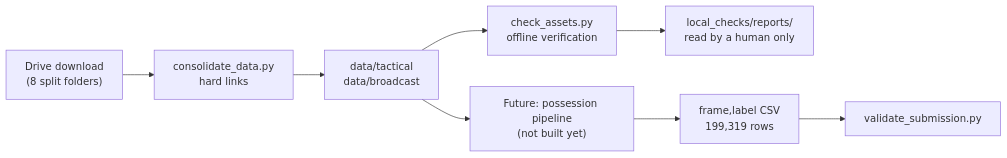
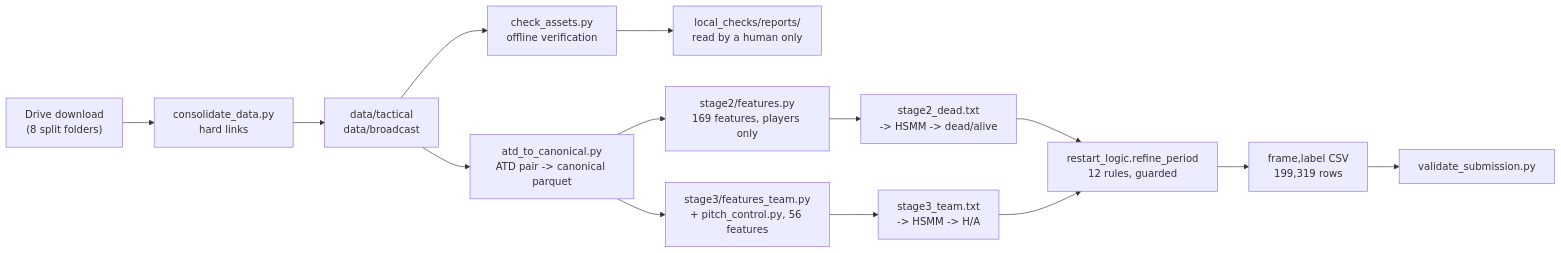
Before and after one commit to ronaksu/Football-Hackathon: the first of 2 diagrams in PROJECT_GUIDE.md, drawn with Mermaid. The commit also changed other lines of this file, not shown here.

First line of the commit message:
Update PROJECT_GUIDE for the submission path and the ball-rule guard

````diff
--- a/PROJECT_GUIDE.md
+++ b/PROJECT_GUIDE.md
@@ -225,10 +241,16 @@
 ```mermaid
 flowchart LR
   A["Drive download<br/>(8 split folders)"] --> B["consolidate_data.py<br/>hard links"]
   B --> C["data/tactical<br/>data/broadcast"]
   C --> D["check_assets.py<br/>offline verification"]
   D --> E["local_checks/reports/<br/>read by a human only"]
-  C --> F["Future: possession pipeline<br/>(not built yet)"]
-  F --> G["frame,label CSV<br/>199,319 rows"]
-  G --> H["validate_submission.py"]
+  C --> F["atd_to_canonical.py<br/>ATD pair -> canonical parquet"]
+  F --> G["stage2/features.py<br/>169 features, players only"]
+  F --> H["stage3/features_team.py<br/>+ pitch_control.py, 56 features"]
+  G --> I["stage2_dead.txt<br/>-> HSMM -> dead/alive"]
+  H --> J["stage3_team.txt<br/>-> HSMM -> H/A"]
+  I --> K["restart_logic.refine_period<br/>12 rules, guarded"]
+  J --> K
+  K --> L["frame,label CSV<br/>199,319 rows"]
+  L --> M["validate_submission.py"]
 ```
````
